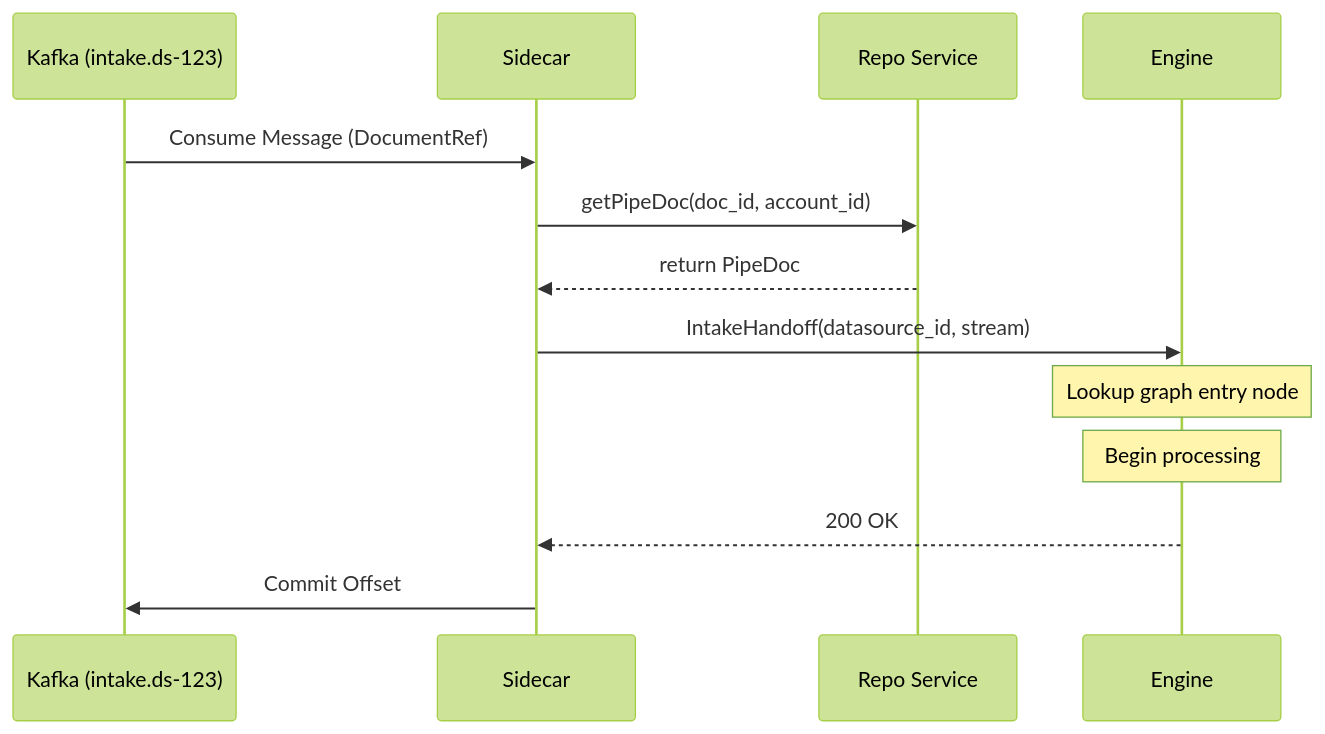
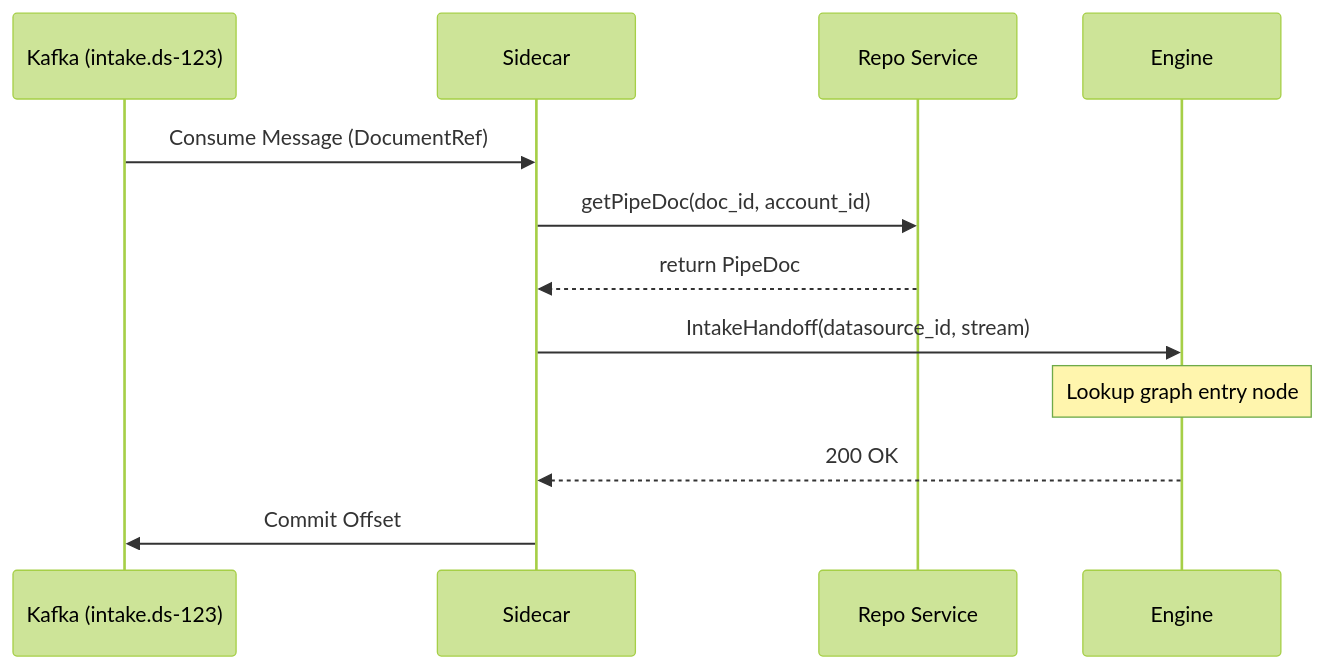
One commit to ai-pipestream/pipestream-engine changed the fifth of 8 diagrams in docs/architecture/08-kafka-sidecar.md. Above: the diagram before and after it, drawn with Mermaid (forest theme). The commit also changed other lines of this file and 8 other files, not shown here.

Commit message:
docs: Revise architecture docs with detailed processing loop, transport updates, and CEL integration

````diff
--- a/docs/architecture/08-kafka-sidecar.md
+++ b/docs/architecture/08-kafka-sidecar.md
@@ -143,16 +238,15 @@
 ```mermaid
 sequenceDiagram
     participant K as Kafka (intake.ds-123)
     participant S as Sidecar
     participant R as Repo Service
     participant E as Engine
     
     K->>S: Consume Message (DocumentRef)
     S->>R: getPipeDoc(doc_id, account_id)
     R-->>S: return PipeDoc
     S->>E: IntakeHandoff(datasource_id, stream)
     Note over E: Lookup graph entry node
-    Note over E: Begin processing
     E-->>S: 200 OK
     S->>K: Commit Offset
 ```
````
